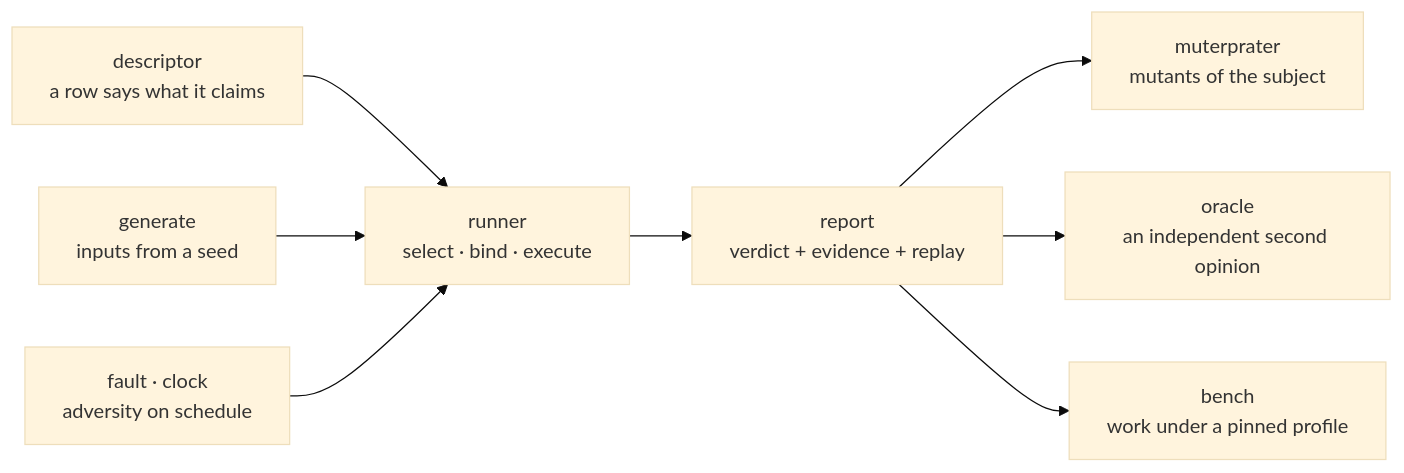
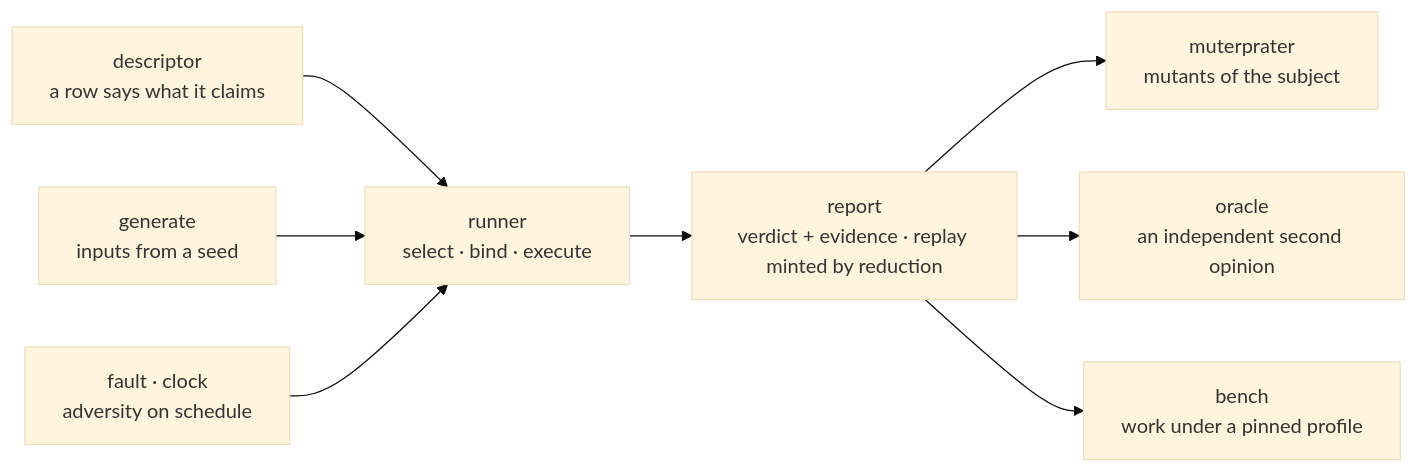
One commit to freebatteryfactory/Macroonz changed the diagram in harness/README.md. Above: the diagram before and after it, drawn with Mermaid (base theme). The commit also changed other lines of this file and 84 other files, not shown here.

````diff
--- a/harness/README.md
+++ b/harness/README.md
@@ -57,10 +57,10 @@
 ```mermaid
 flowchart LR
     D["descriptor<br/>a row says what it claims"] --> S["runner<br/>select · bind · execute"]
     G["generate<br/>inputs from a seed"] --> S
     F["fault · clock<br/>adversity on schedule"] --> S
-    S --> R["report<br/>verdict + evidence + replay"]
+    S --> R["report<br/>verdict + evidence · replay minted by reduction"]
     R --> M["muterprater<br/>mutants of the subject"]
     R --> O["oracle<br/>an independent second opinion"]
     R --> B["bench<br/>work under a pinned profile"]
 ```
````
